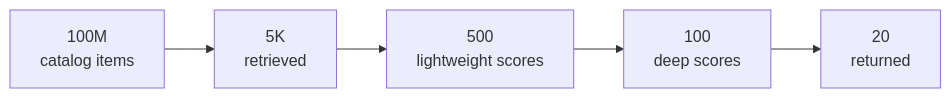
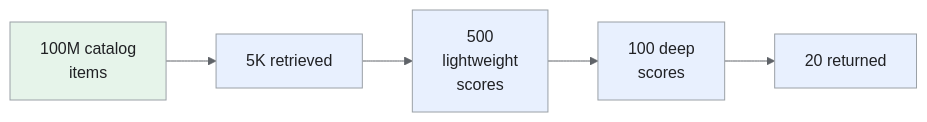
Before and after one commit to iliazlobin/iliazlobin.github.io: the fourth of 6 diagrams in _designs/product-recommendations.md, drawn with Mermaid. The commit also changed other lines of this file and 131 other files, not shown here.

````diff
--- a/_designs/product-recommendations.md
+++ b/_designs/product-recommendations.md
@@ -200,7 +265,14 @@
 ```mermaid
+%%{init: {'theme':'base','themeVariables':{'primaryColor':'#e8f0fe','primaryTextColor':'#202124','primaryBorderColor':'#9aa0a6','lineColor':'#5f6368','secondaryColor':'#e6f4ea','tertiaryColor':'#fef7e0','actorBkg':'#e8f0fe','actorBorder':'#9aa0a6','actorTextColor':'#202124','noteBkgColor':'#fef7e0','noteTextColor':'#202124','noteBorderColor':'#9aa0a6','signalColor':'#5f6368','signalTextColor':'#202124','labelBoxBkgColor':'#fef7e0','labelBoxBorderColor':'#9aa0a6'}}}%%
 flowchart LR
-  A["100M<br/>catalog items"] --> B["5K<br/>retrieved"]
-  B --> C["500<br/>lightweight scores"]
-  C --> D["100<br/>deep scores"]
-  D --> E["20<br/>returned"]
+  A["100M catalog<br>items"] --> B["5K retrieved"]
+  B --> C["500<br>lightweight<br>scores"]
+  C --> D["100 deep<br>scores"]
+  D --> E["20 returned"]
+classDef request fill:#e8f0fe,stroke:#9aa0a6,color:#202124;
+classDef data fill:#e6f4ea,stroke:#9aa0a6,color:#202124;
+classDef control fill:#fef7e0,stroke:#9aa0a6,color:#202124;
+class B,C,D,E request;
+class A data;
+
 ```
````
